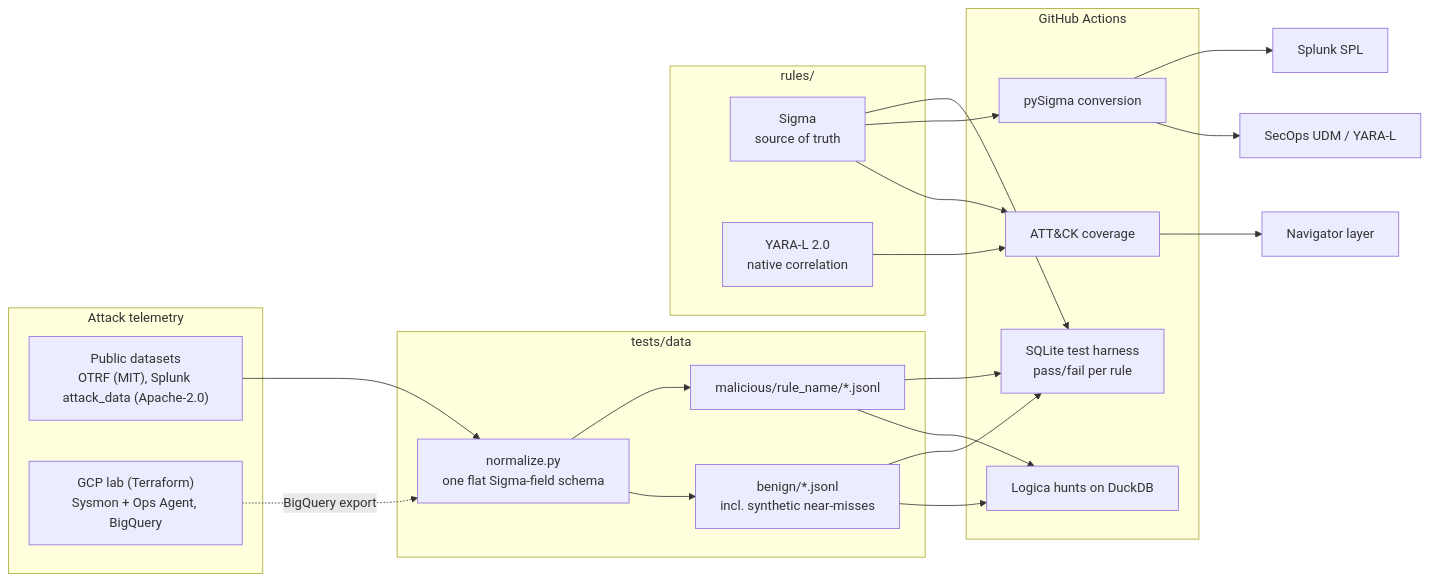
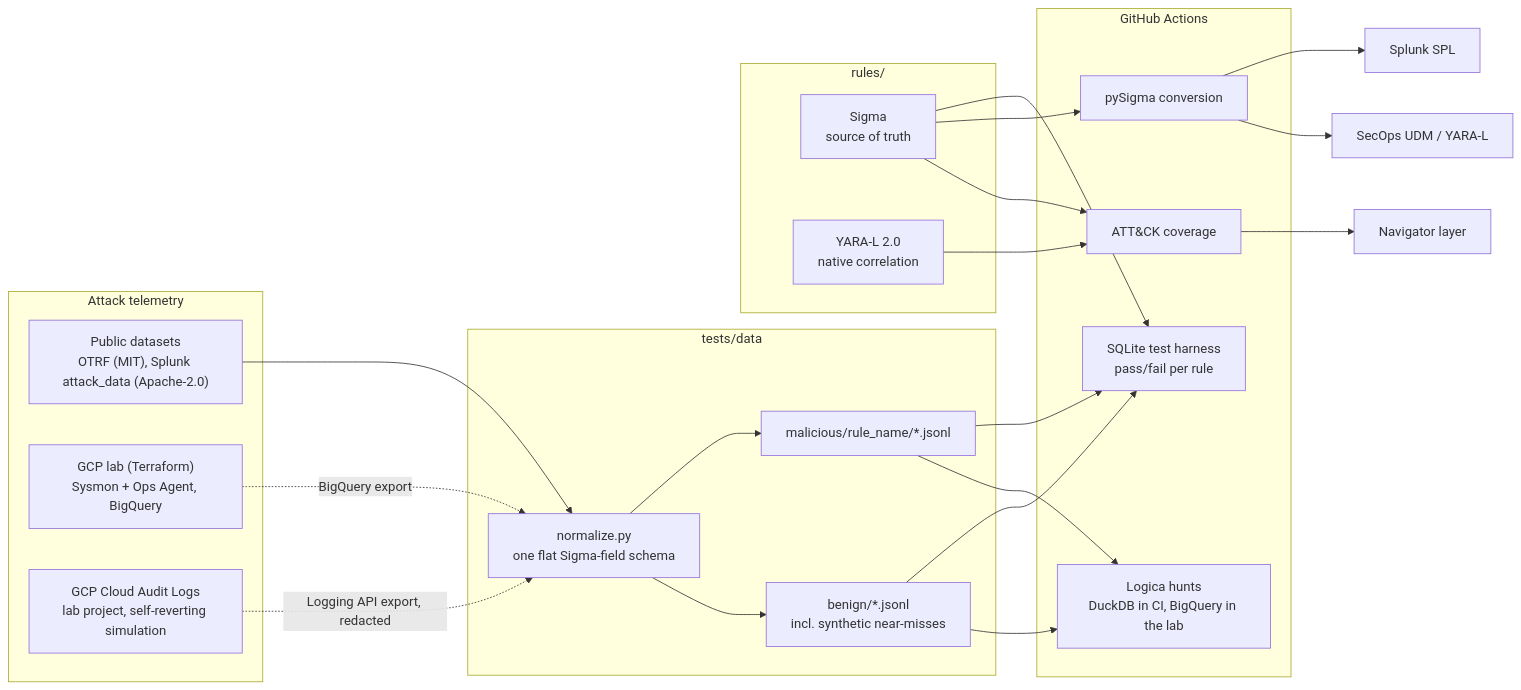
Before and after one commit to aryandhuru49/Purple-Loop: the first of 2 diagrams in README.md, drawn with Mermaid. The commit also changed other lines of this file and 5 other files, not shown here.

First line of the commit message:
Document the GCP detections, hunts and backend bug

````diff
--- a/README.md
+++ b/README.md
@@ -33,34 +33,36 @@
 ```mermaid
 flowchart LR
     subgraph Sources["Attack telemetry"]
         P["Public datasets<br/>OTRF (MIT), Splunk attack_data (Apache-2.0)"]
         L["GCP lab (Terraform)<br/>Sysmon + Ops Agent, BigQuery"]
+        A["GCP Cloud Audit Logs<br/>lab project, self-reverting simulation"]
     end
 
     subgraph Data["tests/data"]
         N["normalize.py<br/>one flat Sigma-field schema"]
         M["malicious/rule_name/*.jsonl"]
         B["benign/*.jsonl<br/>incl. synthetic near-misses"]
     end
 
     subgraph Rules["rules/"]
         S["Sigma<br/>source of truth"]
         Y["YARA-L 2.0<br/>native correlation"]
     end
 
     subgraph CI["GitHub Actions"]
         T["SQLite test harness<br/>pass/fail per rule"]
         C["pySigma conversion"]
-        H["Logica hunts on DuckDB"]
+        H["Logica hunts<br/>DuckDB in CI, BigQuery in the lab"]
         V["ATT&CK coverage"]
     end
 
     P --> N
     L -. BigQuery export .-> N
+    A -. Logging API export, redacted .-> N
     N --> M & B
     S --> T
     M & B --> T
     S --> C --> SPL["Splunk SPL"] & UDM["SecOps UDM / YARA-L"]
     M & B --> H
     S & Y --> V --> NAV["Navigator layer"]
 ```
````
